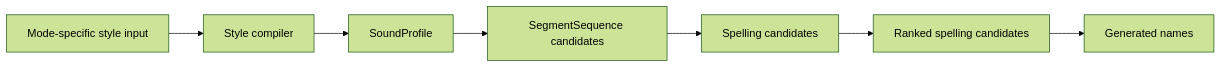
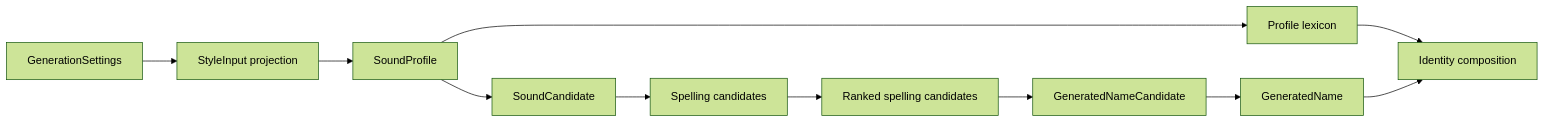
Before and after one commit to jaahay/name-forge: the diagram in docs/architecture.md, drawn with Mermaid (forest theme). The commit also changed other lines of this file and 12 other files, not shown here.

````diff
--- a/docs/architecture.md
+++ b/docs/architecture.md
@@ -98,9 +70,13 @@
 ```mermaid
 flowchart LR
-  A[Mode-specific style input] --> B[Style compiler]
+  A[GenerationSettings] --> B[StyleInput projection]
   B --> C[SoundProfile]
-  C --> D[SegmentSequence candidates]
+  C --> D[SoundCandidate]
   D --> E[Spelling candidates]
-  E --> G[Ranked spelling candidates]
-  G --> F[Generated names]
+  E --> F[Ranked spelling candidates]
+  F --> G[GeneratedNameCandidate]
+  G --> H[GeneratedName]
+  C --> I[Profile lexicon]
+  I --> J[Identity composition]
+  H --> J
 ```
````
